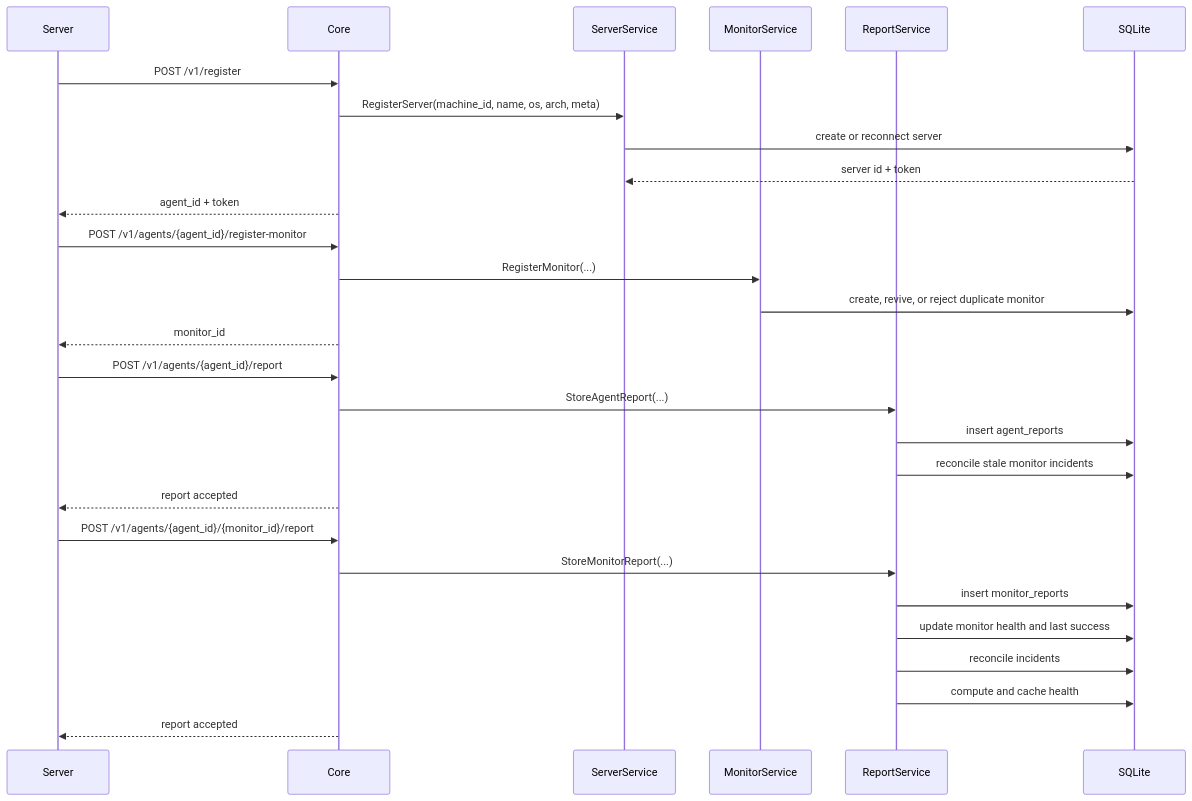
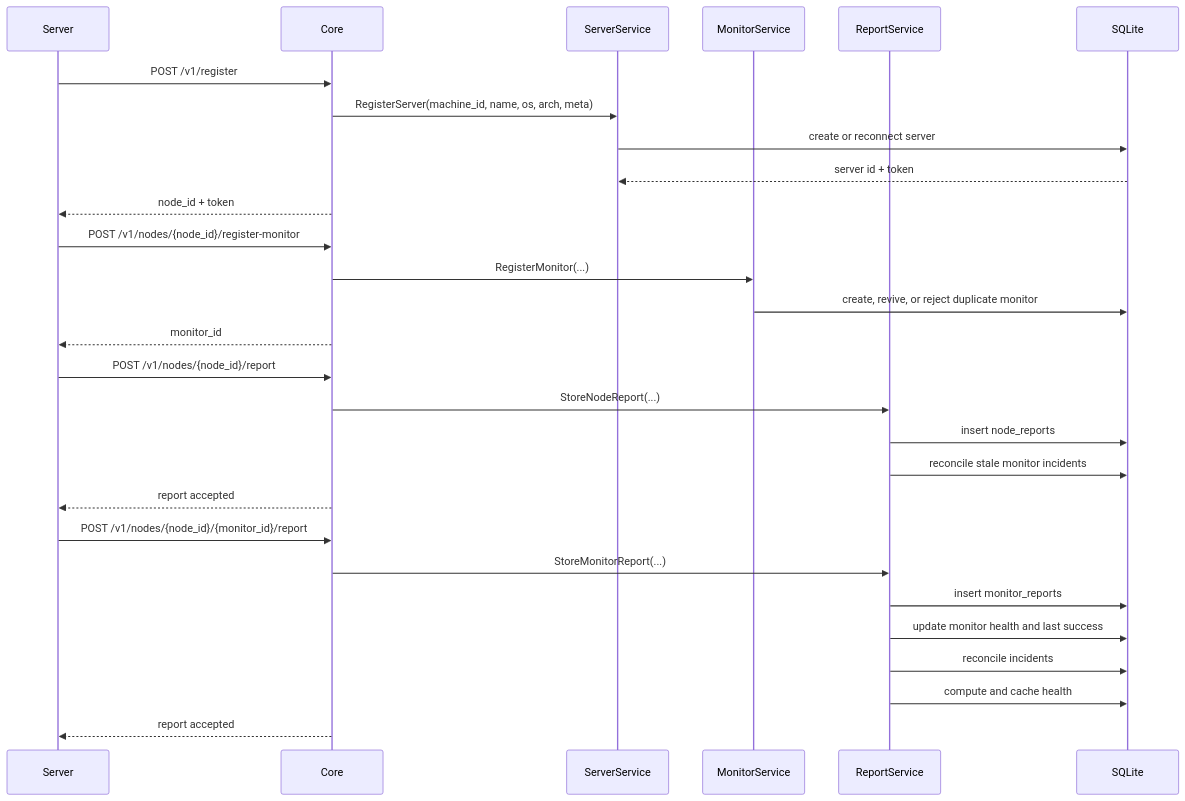
The first of 6 diagrams in docs/architecture/data-ingestion.md (sunday-studio/orion), drawn with Mermaid before and after one commit. The commit also changed other lines of this file and 815 other files, not shown here.

First line of the commit message:
refactor(repo): rename agent to node, mechanical part

````diff
--- a/docs/architecture/data-ingestion.md
+++ b/docs/architecture/data-ingestion.md
@@ -5,34 +5,34 @@
 ```mermaid
 sequenceDiagram
   participant Server
   participant Core
   participant ServerService
   participant MonitorService
   participant ReportService
   participant DB as SQLite
 
   Server->>Core: POST /v1/register
   Core->>ServerService: RegisterServer(machine_id, name, os, arch, meta)
   ServerService->>DB: create or reconnect server
   DB-->>ServerService: server id + token
-  Core-->>Server: agent_id + token
+  Core-->>Server: node_id + token
 
-  Server->>Core: POST /v1/agents/{agent_id}/register-monitor
+  Server->>Core: POST /v1/nodes/{node_id}/register-monitor
   Core->>MonitorService: RegisterMonitor(...)
   MonitorService->>DB: create, revive, or reject duplicate monitor
   Core-->>Server: monitor_id
 
-  Server->>Core: POST /v1/agents/{agent_id}/report
-  Core->>ReportService: StoreAgentReport(...)
-  ReportService->>DB: insert agent_reports
+  Server->>Core: POST /v1/nodes/{node_id}/report
+  Core->>ReportService: StoreNodeReport(...)
+  ReportService->>DB: insert node_reports
   ReportService->>DB: reconcile stale monitor incidents
   Core-->>Server: report accepted
 
-  Server->>Core: POST /v1/agents/{agent_id}/{monitor_id}/report
+  Server->>Core: POST /v1/nodes/{node_id}/{monitor_id}/report
   Core->>ReportService: StoreMonitorReport(...)
   ReportService->>DB: insert monitor_reports
   ReportService->>DB: update monitor health and last success
   ReportService->>DB: reconcile incidents
   ReportService->>DB: compute and cache health
   Core-->>Server: report accepted
 ```
````
